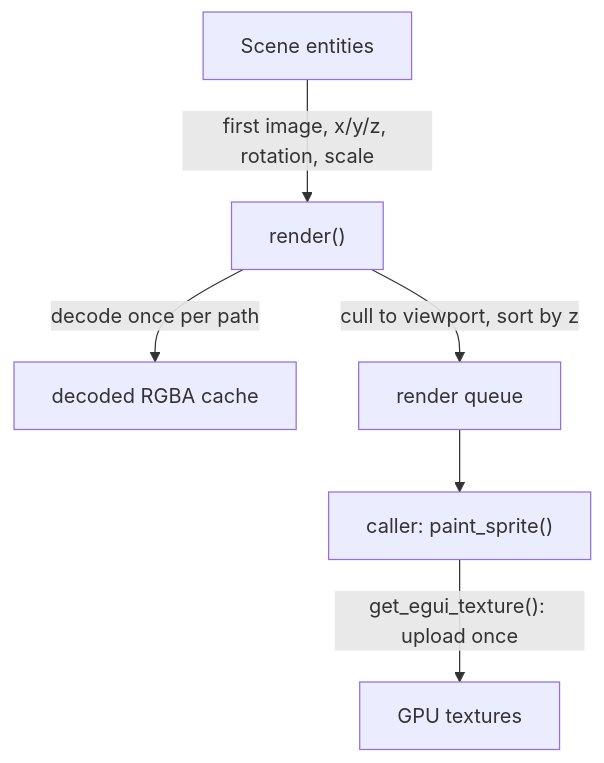
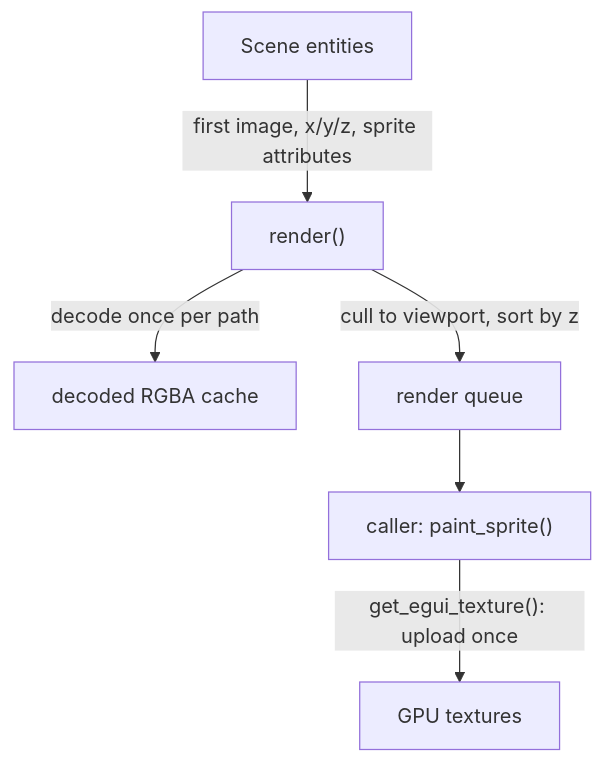
One commit to gh0stintheshe11/Rust-2D-Game-Engine changed the diagram in docs/render.md. Above: the diagram before and after it, drawn with Mermaid. The commit also changed other lines of this file and 8 other files, not shown here.

First line of the commit message:
feat(render): mirror, fade and tint sprites through attributes

````diff
--- a/docs/render.md
+++ b/docs/render.md
@@ -21,8 +21,8 @@
 ```mermaid
 graph TD
-    S[Scene entities] -->|"first image, x/y/z, rotation, scale"| R["render()"]
+    S[Scene entities] -->|"first image, x/y/z, sprite attributes"| R["render()"]
     R -->|"decode once per path"| TC["decoded RGBA cache"]
     R -->|"cull to viewport, sort by z"| Q[render queue]
     Q --> P["caller: paint_sprite()"]
     P -->|"get_egui_texture(): upload once"| GT["GPU textures"]
 ```
````
